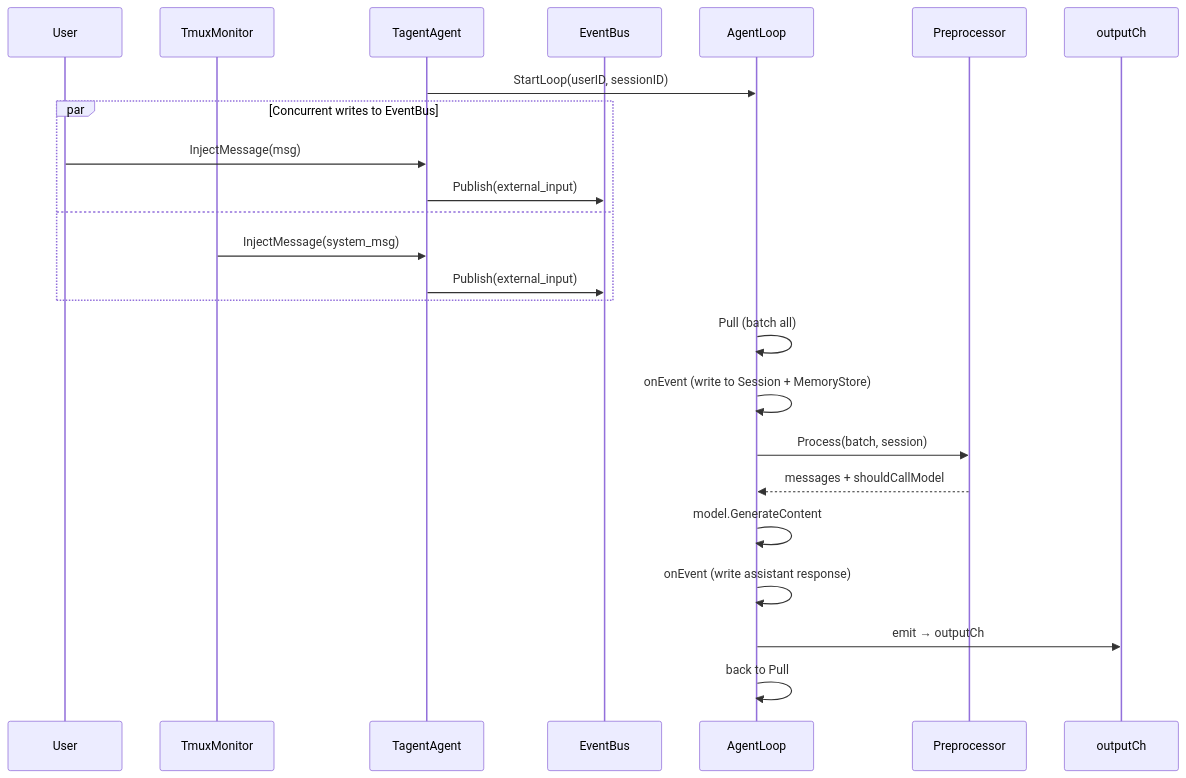
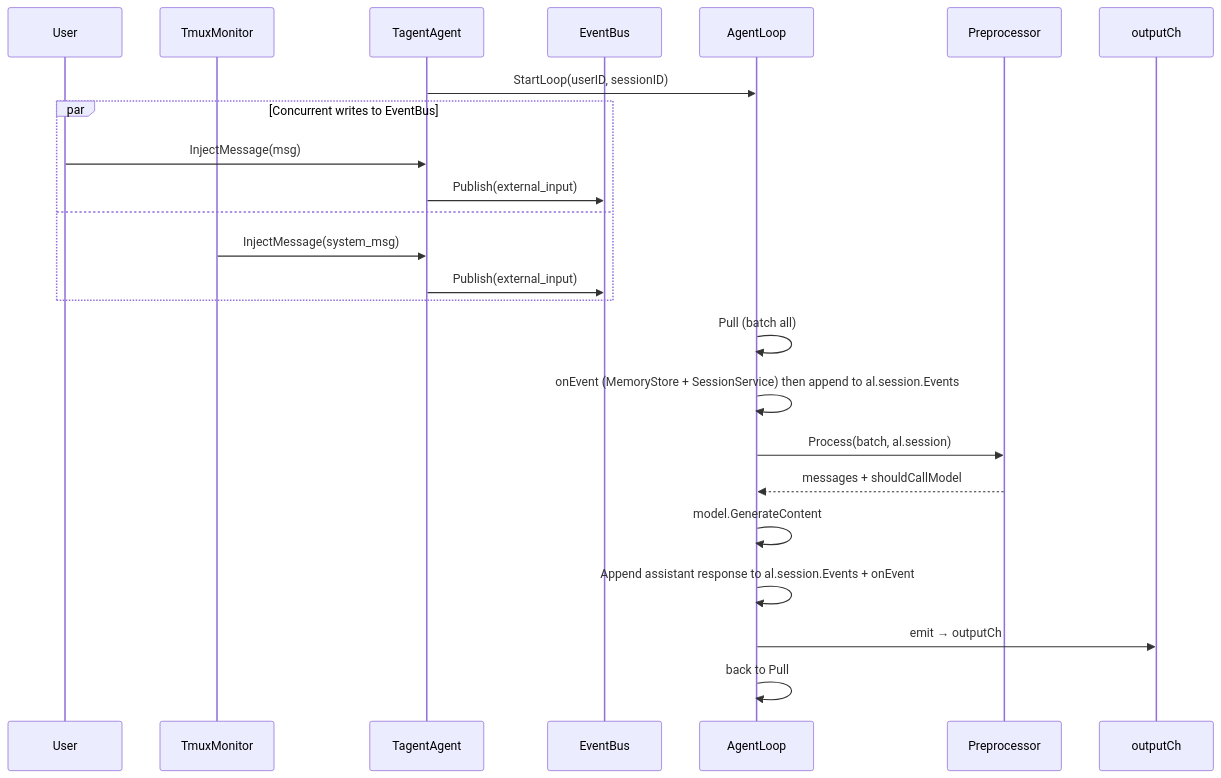
The sixth of 8 diagrams in README_EN.md (SpellingDragon/tagent), drawn with Mermaid before and after one commit. The commit also changed other lines of this file and 6 other files, not shown here.

````diff
--- a/README_EN.md
+++ b/README_EN.md
@@ -316,29 +319,29 @@
 ```mermaid
 sequenceDiagram
     participant U as User
     participant TM as TmuxMonitor
     participant TA as TagentAgent
     participant EB as EventBus
     participant AL as AgentLoop
     participant PP as Preprocessor
     participant OC as outputCh
 
     TA->>AL: StartLoop(userID, sessionID)
 
     par Concurrent writes to EventBus
         U->>TA: InjectMessage(msg)
         TA->>EB: Publish(external_input)
     and
         TM->>TA: InjectMessage(system_msg)
         TA->>EB: Publish(external_input)
     end
 
     AL->>AL: Pull (batch all)
-    AL->>AL: onEvent (write to Session + MemoryStore)
-    AL->>PP: Process(batch, session)
+    AL->>AL: onEvent (MemoryStore + SessionService) then append to al.session.Events
+    AL->>PP: Process(batch, al.session)
     PP-->>AL: messages + shouldCallModel
     AL->>AL: model.GenerateContent
-    AL->>AL: onEvent (write assistant response)
+    AL->>AL: Append assistant response to al.session.Events + onEvent
     AL->>OC: emit → outputCh
     AL->>AL: back to Pull
 ```
````
